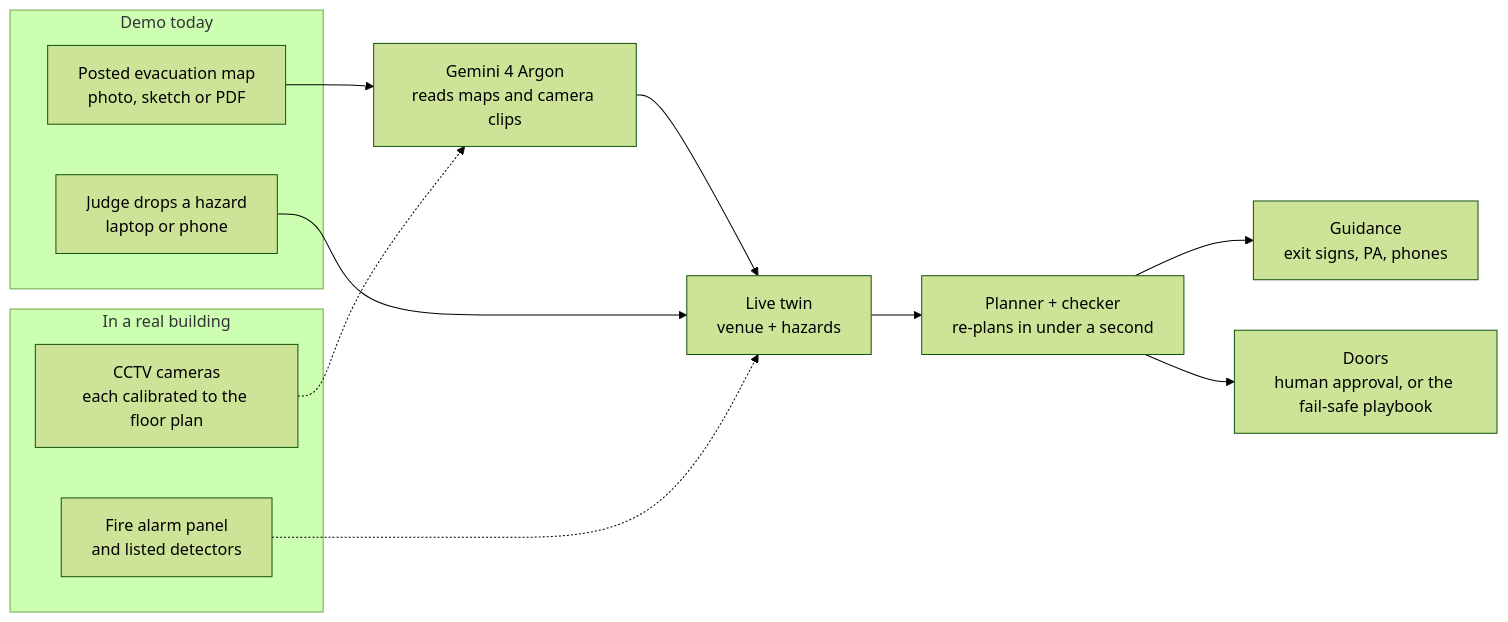
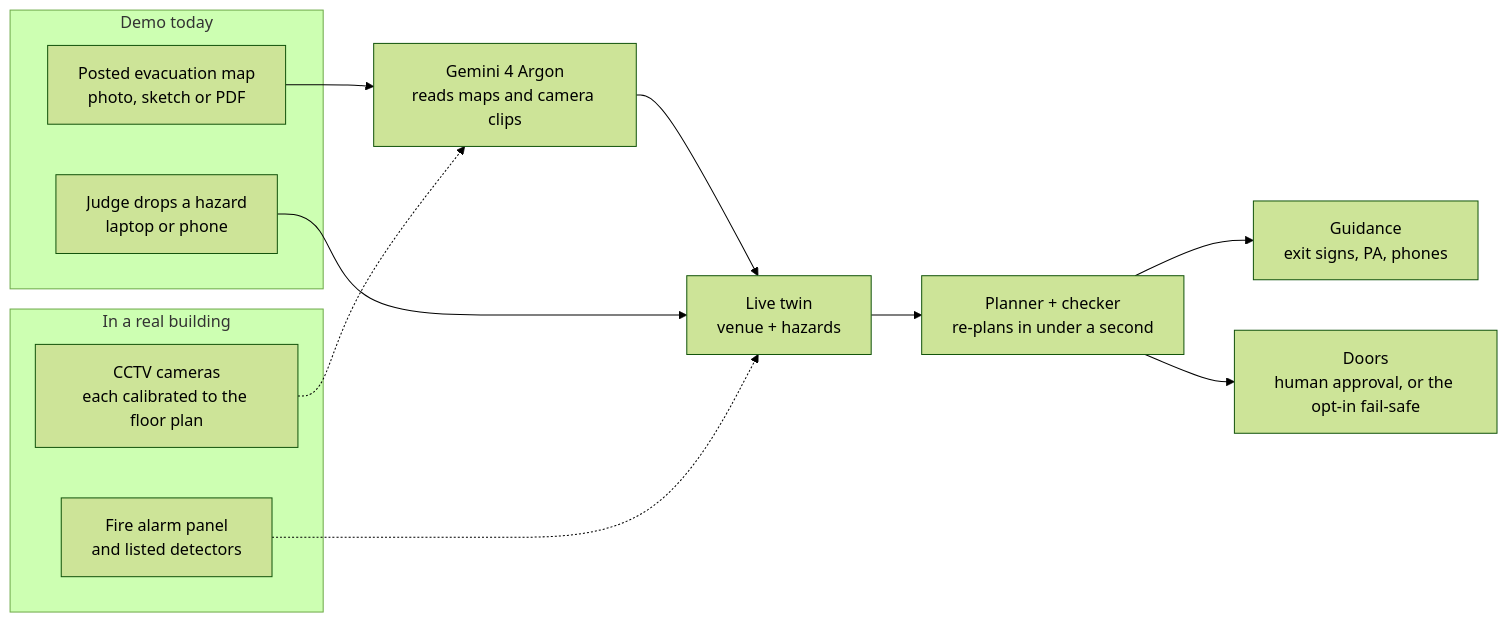
The fifth of 6 diagrams in README.md (charliegillet/SpatialTwin), drawn with Mermaid (forest theme) before and after one commit. The commit also changed other lines of this file and 22 other files, not shown here.

````diff
--- a/README.md
+++ b/README.md
@@ -234,24 +234,24 @@
 ```mermaid
 flowchart LR
   subgraph today["Demo today"]
     map["Posted evacuation map<br/>photo, sketch or PDF"]
     judge["Judge drops a hazard<br/>laptop or phone"]
   end
   subgraph next["In a real building"]
     cams["CCTV cameras<br/>each calibrated to the floor plan"]
     panel["Fire alarm panel<br/>and listed detectors"]
   end
   argon["Gemini 4 Argon<br/>reads maps and camera clips"]
   twin["Live twin<br/>venue + hazards"]
   plan["Planner + checker<br/>re-plans in under a second"]
   guide["Guidance<br/>exit signs, PA, phones"]
-  doors["Doors<br/>human approval, or the fail-safe playbook"]
+  doors["Doors<br/>human approval, or the opt-in fail-safe"]
   map --> argon
   cams -.-> argon
   argon --> twin
   judge --> twin
   panel -.-> twin
   twin --> plan
   plan --> guide
   plan --> doors
 ```
````
